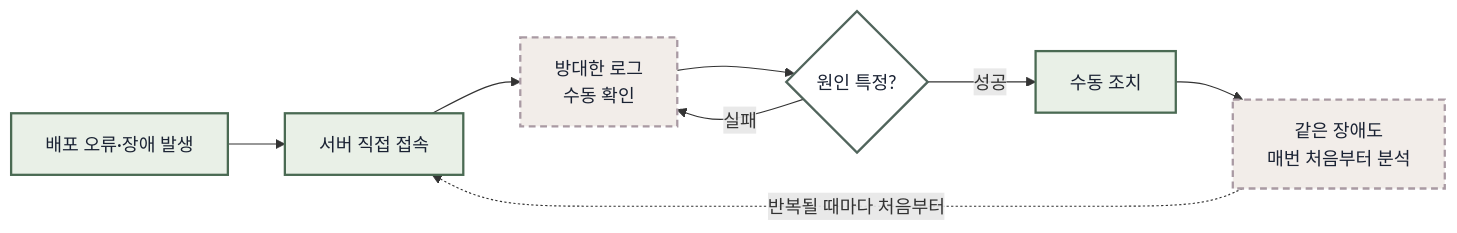
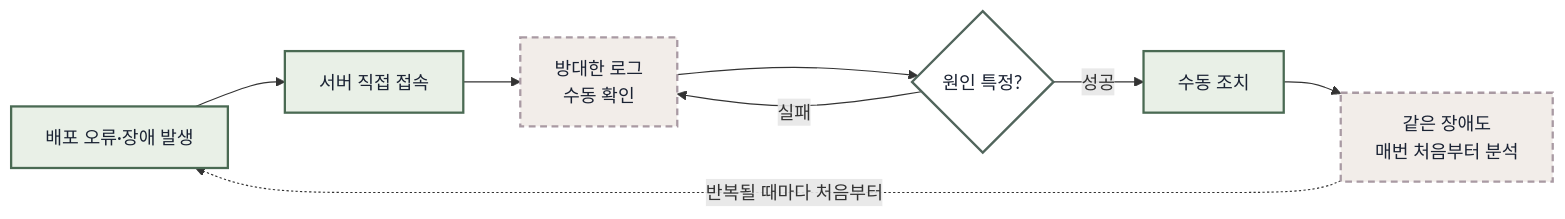
One commit to leaf-nam/portfolio changed the diagram in assets/docs/manual-response-flow.mmd. Above: the diagram before and after it, drawn with Mermaid. The commit also changed 2 other files, not shown here.

```diff
--- a/assets/docs/manual-response-flow.mmd
+++ b/assets/docs/manual-response-flow.mmd
@@ -1,16 +1,16 @@
 flowchart LR
     %% 기존 수동 대응 흐름 (초안)
     %% 미리보기: https://mermaid.live 에 붙여넣기
     E["배포 오류·장애 발생"] --> S["서버 직접 접속"]
     S --> L["방대한 로그<br/>수동 확인"]
     L --> D{"원인 특정?"}
     D -- "실패" --> L
     D -- "성공" --> F["수동 조치"]
     F --> R["같은 장애도<br/>매번 처음부터 분석"]
-    R -. "반복될 때마다 처음부터" .-> S
+    R -. "반복될 때마다 처음부터" .-> E
     classDef step fill:#e9f0e7,stroke:#4a6a53,stroke-width:2px,color:#1a2233
     classDef pain fill:#f2ede9,stroke:#a99aa3,stroke-width:2px,stroke-dasharray:6 4,color:#1a2233
     classDef dec fill:#ffffff,stroke:#51655c,stroke-width:2px,color:#1a2233
     class E,S,F step
     class L,R pain
     class D dec
```
